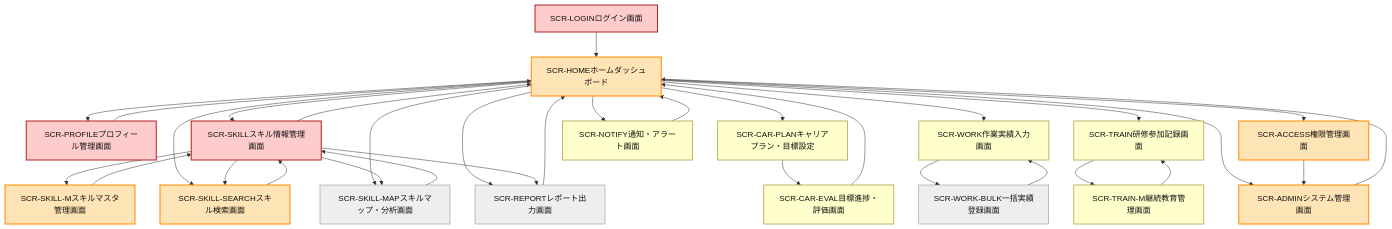
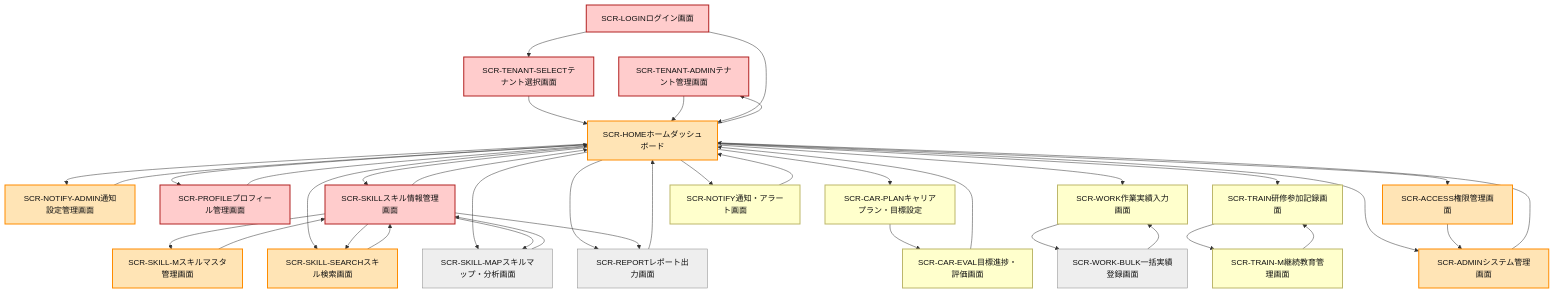
Before and after one commit to sas-dx/skill-report-web: the diagram in docs/design/screens/画面一覧.md, drawn with Mermaid. The commit also changed other lines of this file, not shown here.

Commit message:
🖥️ feat: 画面一覧にマルチテナント対応画面を追加
- マルチテナント対応画面3件を追加
  - SCR-TENANT-ADMIN: テナント管理画面 (最高優先度)
  - SCR-TENANT-SELECT: テナント選択画面 (最高優先度)
  - SCR-NOTIFY-ADMIN: 通知設定管理画面 (高優先度)

- 画面遷移図にマルチテナント認証フローを追加
  - LOGIN → TENANT-SELECT → HOME の認証フロー
  - HOME ↔ TENANT-ADMIN, NOTIFY-ADMIN の管理画面遷移

- 利用者定義を追加
  - ホールディングス管理者: テナント管理
  - テナント管理者: 通知設定管理
  - 全ユーザー: テナント選択

マルチテナント対応による画面設計完成

````diff
--- a/docs/design/screens/画面一覧.md
+++ b/docs/design/screens/画面一覧.md
@@ -33,6 +36,11 @@
 ```mermaid
 flowchart TD
     %% 優先度: 最高=red, 高=orange, 中=yellow, 低=gray
+
+    %% マルチテナント画面
+    SCR-TENANT-ADMIN["SCR-TENANT-ADMINテナント管理画面"]:::prio_max
+    SCR-TENANT-SELECT["SCR-TENANT-SELECTテナント選択画面"]:::prio_max
+    SCR-NOTIFY-ADMIN["SCR-NOTIFY-ADMIN通知設定管理画面"]:::prio_high
 
     %% 最高優先度
     SCR-LOGIN["SCR-LOGINログイン画面"]:::prio_max
@@ -58,6 +66,14 @@
     SCR-WORK-BULK["SCR-WORK-BULK一括実績登録画面"]:::prio_low
     SCR-REPORT["SCR-REPORTレポート出力画面"]:::prio_low
     SCR-SKILL-MAP["SCR-SKILL-MAPスキルマップ・分析画面"]:::prio_low
+
+    %% マルチテナント画面遷移
+    SCR-LOGIN --> SCR-TENANT-SELECT
+    SCR-TENANT-SELECT --> SCR-HOME
+    SCR-TENANT-ADMIN --> SCR-HOME
+    SCR-NOTIFY-ADMIN --> SCR-HOME
+    SCR-HOME --> SCR-TENANT-ADMIN
+    SCR-HOME --> SCR-NOTIFY-ADMIN
 
     %% 画面遷移
     SCR-LOGIN --> SCR-HOME
````
